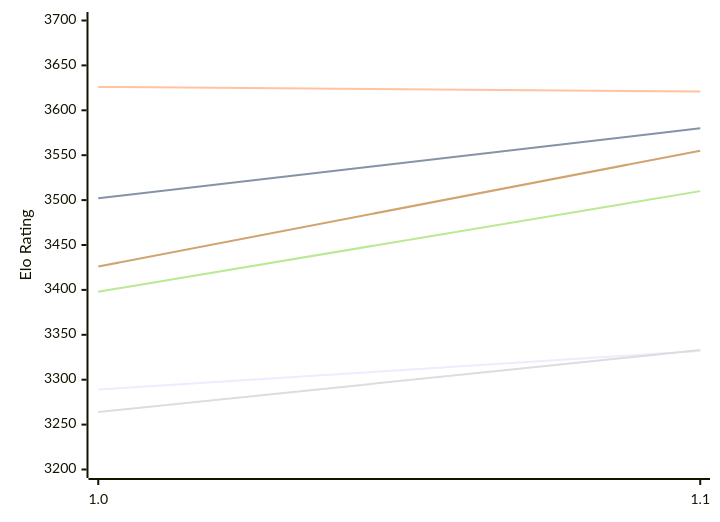
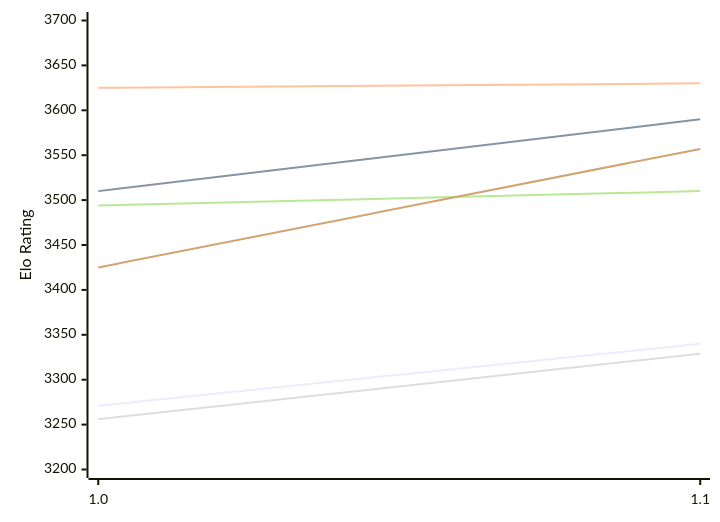
Before and after one commit to computer-chess-index/cci: the first of 2 diagrams in engines/Horsie.md, drawn with Mermaid. The commit also changed other lines of this file, not shown here.

Commit message:
Update CCI Ratings (ELO VLTC) - 2026-11-16

````diff
--- a/engines/Horsie.md
+++ b/engines/Horsie.md
@@ -50,12 +50,12 @@
 ```mermaid
 %%{init: {"theme":"base","themeVariables":{"seriesColors:['#a3a3a3','#222221','#faa371']}}}%%
 xychart-beta
   x-axis ["1.0", "1.1"]
   y-axis "Elo Rating" 3200 --> 3700
-  line "E1: STC (8.0+0.08s)" [3289, 3332]
-  line "E1: LTC (60.0+0.60s)" [3502, 3580]
-  line "E1: VLTC (2m24s+1.12s)" [3626, 3621]
-  line "P1: STC (8.0+0.08s)" [3264, 3333]
-  line "P1: LTC (60.0+0.60s)" [3398, 3510]
-  line "P1: VLTC (2m24s+1.12s)" [3426, 3555]
+  line "E1: STC (8.0+0.08s)" [3271, 3340]
+  line "E1: LTC (60.0+0.60s)" [3510, 3590]
+  line "E1: VLTC (2m24s+1.12s)" [3625, 3630]
+  line "P1: STC (8.0+0.08s)" [3256, 3329]
+  line "P1: LTC (60.0+0.60s)" [3494, 3510]
+  line "P1: VLTC (2m24s+1.12s)" [3425, 3557]
 ```
````
